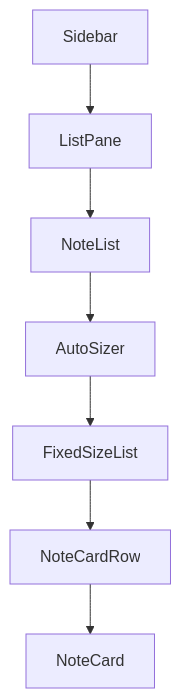
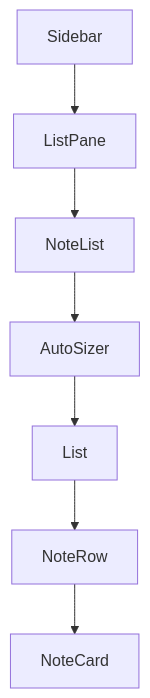
One commit to koreyba/EverFreeNote changed the diagram in docs/ai/design/feature-note-list-virtualization.md. Above: the diagram before and after it, drawn with Mermaid. The commit also changed other lines of this file and 11 other files, not shown here.

````diff
--- a/docs/ai/design/feature-note-list-virtualization.md
+++ b/docs/ai/design/feature-note-list-virtualization.md
@@ -15,9 +15,9 @@
   ```mermaid
   graph TD
     Sidebar --> ListPane
     ListPane --> NoteList
     NoteList --> AutoSizer
-    AutoSizer --> FixedSizeList
-    FixedSizeList --> NoteCardRow
-    NoteCardRow --> NoteCard
+    AutoSizer --> List
+    List --> NoteRow
+    NoteRow --> NoteCard
   ```
````
